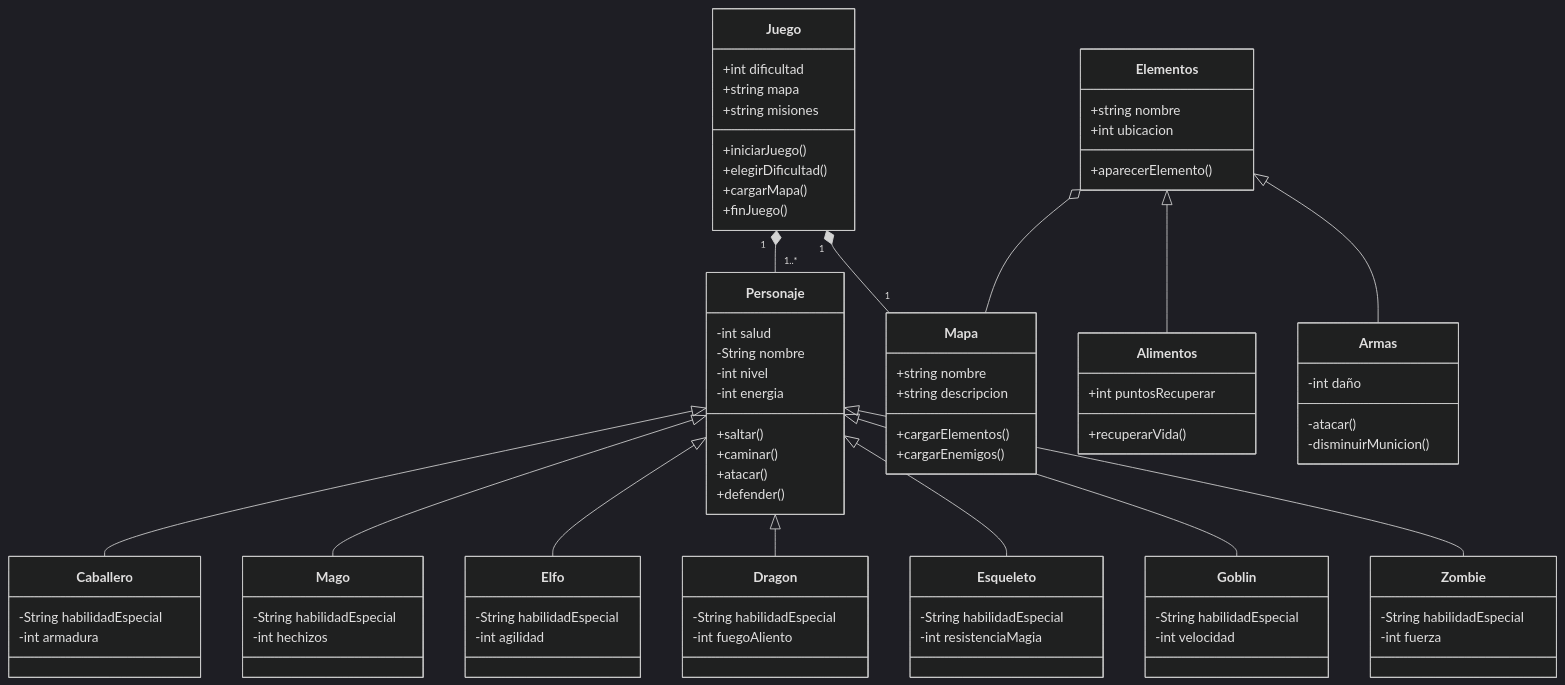
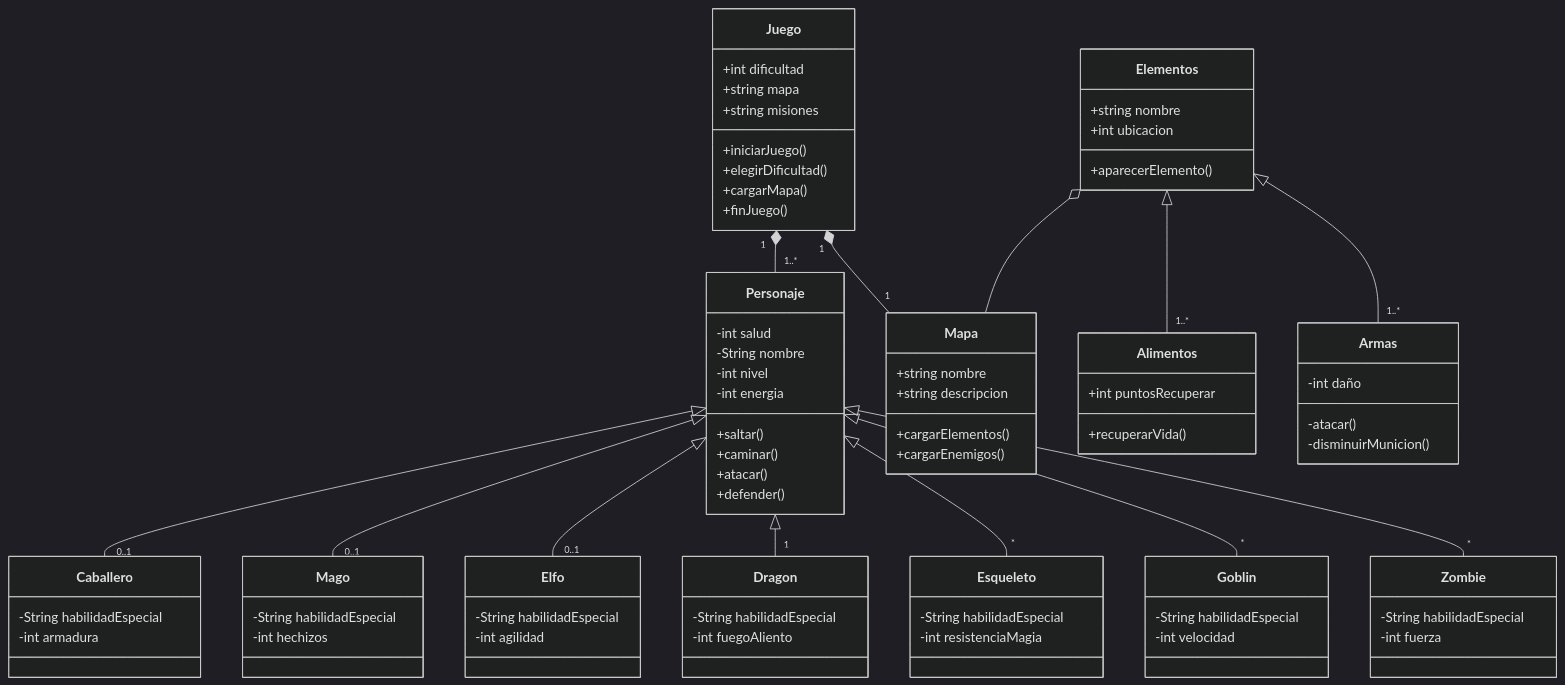
One commit to luciacfreire/Fantasy-Quest changed the diagram in README.md. Above: the diagram before and after it, drawn with Mermaid (dark theme).

````diff
--- a/README.md
+++ b/README.md
@@ -7,75 +7,75 @@
 ```mermaid
 classDiagram
-    Personaje <|-- Caballero
-    Personaje <|-- Mago
-    Personaje <|-- Elfo
-    Personaje <|-- Dragon
-    Personaje <|-- Esqueleto
-    Personaje <|-- Goblin
-    Personaje <|-- Zombie
+    Personaje <|-- "0..1" Caballero
+    Personaje <|-- "0..1" Mago
+    Personaje <|-- "0..1" Elfo
+    Personaje <|-- "1" Dragon
+    Personaje <|-- "*" Esqueleto
+    Personaje <|-- "*" Goblin
+    Personaje <|-- "*" Zombie
     Personaje : -int salud
     Personaje : -String nombre
     Personaje: -int nivel
     Personaje: -int energia
     Personaje : +saltar()
     Personaje : +caminar()
     Personaje : +atacar()
     Personaje : +defender()
     Juego "1" *-- "1..*" Personaje
     Juego : +int dificultad
     Juego : +string mapa
     Juego : +string misiones
     Juego : +iniciarJuego()
     Juego : +elegirDificultad()
     Juego : +cargarMapa()
     Juego : +finJuego()
     Juego "1" *-- "1" Mapa
     Mapa : +string nombre
     Mapa : +string descripcion
     Mapa : +cargarElementos()
     Mapa : +cargarEnemigos()
     Elementos o-- Mapa
     Elementos : +string nombre
     Elementos : +int ubicacion 
     Elementos : +aparecerElemento()
-    Elementos <|-- Alimentos
-    Elementos <|-- Armas
+    Elementos <|-- "1..*" Alimentos
+    Elementos <|-- "1..*" Armas
     class Alimentos {
     +int puntosRecuperar
     +recuperarVida()   
     }
     class Armas{
     -int daño
     -atacar()
     -disminuirMunicion()
     }
     class Caballero{
       -String habilidadEspecial
       -int armadura
     }
     class Mago{
       -String habilidadEspecial
       -int hechizos
     }
     class Elfo{
       -String habilidadEspecial
       -int agilidad
     }
     class Dragon{
       -String habilidadEspecial
       -int fuegoAliento
     }
     class Esqueleto{
       -String habilidadEspecial
       -int resistenciaMagia
     }
     class Goblin{
       -String habilidadEspecial
       -int velocidad
     }
     class Zombie{
       -String habilidadEspecial
       -int fuerza
     }
 
 ```
````
